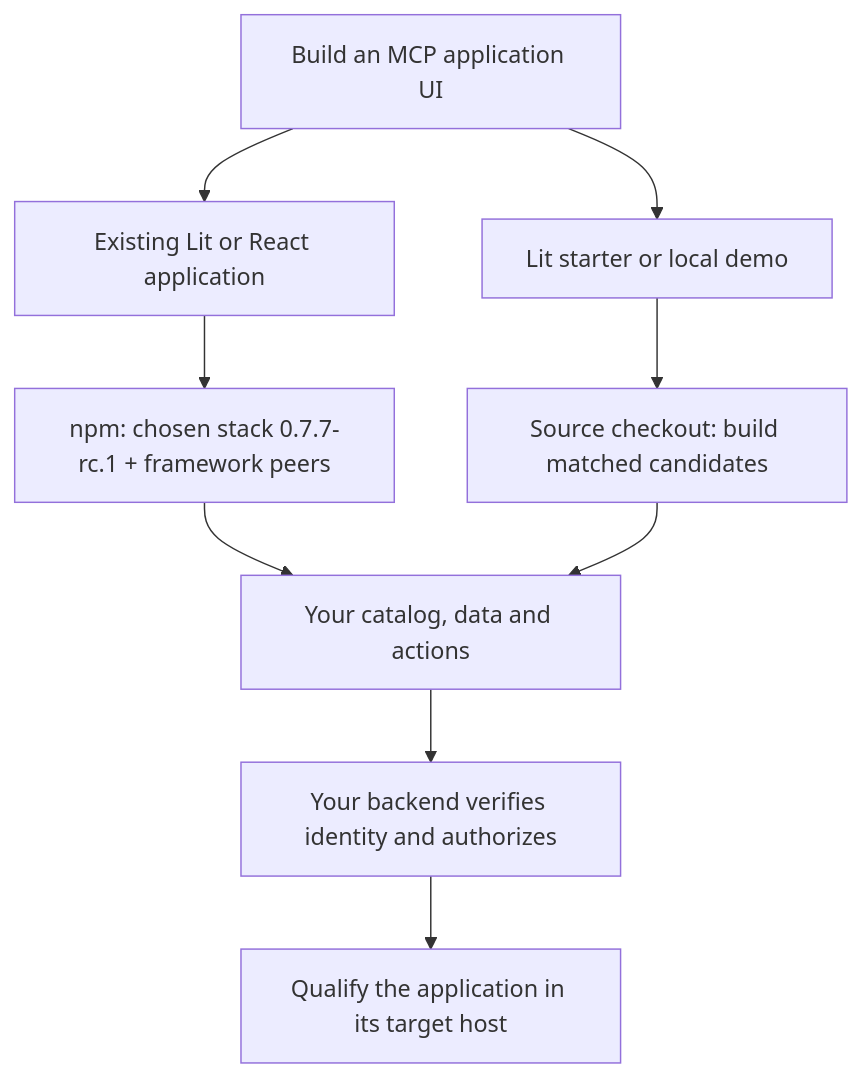
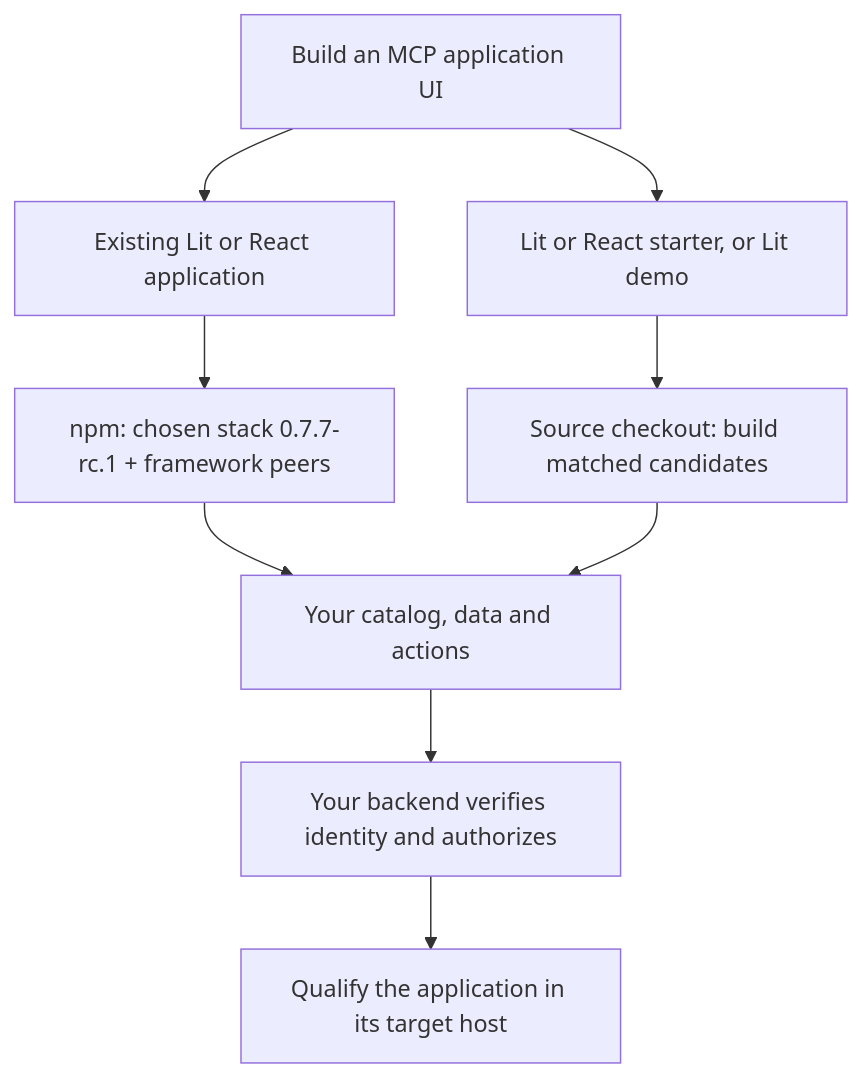
The diagram in diagrams/saga-setup-paths.mmd (MachineWisdomAI/saga-a2ui), drawn with Mermaid before and after one commit. The commit also changed 8 other files, not shown here.

First line of the commit message:
docs: state that the React starter on Hono is offered

```diff
--- a/diagrams/saga-setup-paths.mmd
+++ b/diagrams/saga-setup-paths.mmd
@@ -1,9 +1,9 @@
 graph TD
   App["Build an MCP application UI"] --> Existing["Existing Lit or React application"]
-  App --> Starter["Lit starter or local demo"]
+  App --> Starter["Lit or React starter, or Lit demo"]
   Existing --> Registry["npm: chosen stack 0.7.7-rc.1 + framework peers"]
   Starter --> Checkout["Source checkout: build matched candidates"]
   Registry --> Meaning["Your catalog, data and actions"]
   Checkout --> Meaning
   Meaning --> Backend["Your backend verifies identity and authorizes"]
   Backend --> Host["Qualify the application in its target host"]
```
